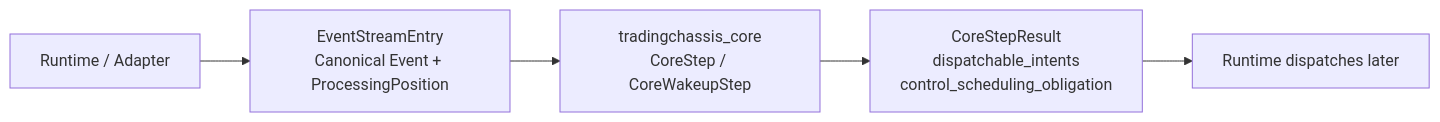
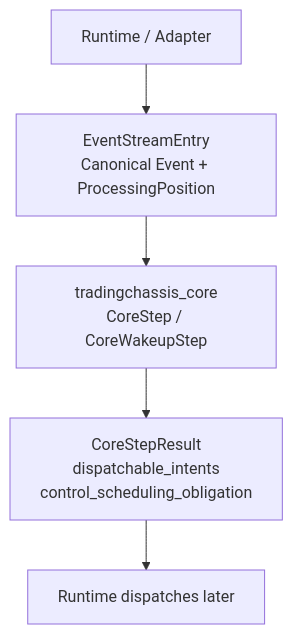
Before and after one commit to trading-engineering/trading-framework: the second of 2 diagrams in README.md, drawn with Mermaid. The commit also changed other lines of this file, not shown here.

````diff
--- a/README.md
+++ b/README.md
@@ -10,7 +100,7 @@
 ```mermaid
-flowchart LR
+flowchart TB
     Runtime["Runtime / Adapter"] --> Entry["EventStreamEntry<br/>Canonical Event + ProcessingPosition"]
     Entry --> Core["tradingchassis_core<br/>CoreStep / CoreWakeupStep"]
     Core --> Result["CoreStepResult<br/>dispatchable_intents<br/>control_scheduling_obligation"]
     Result --> RuntimeDispatch["Runtime dispatches later"]
 ```
````
